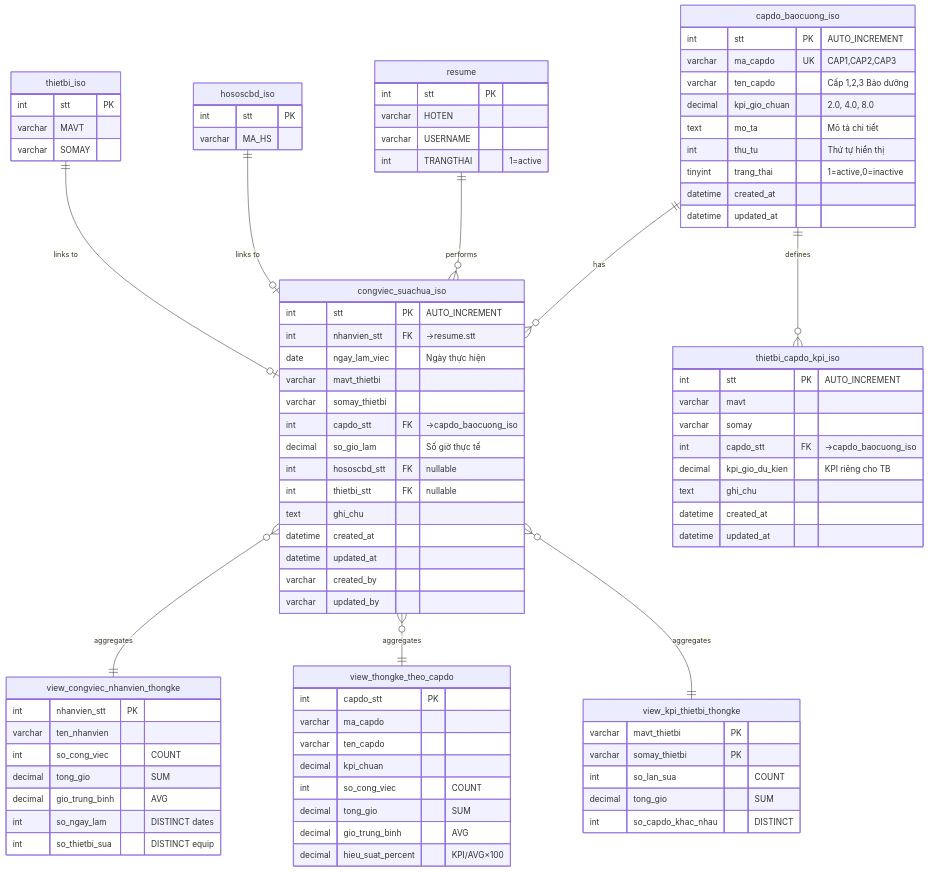
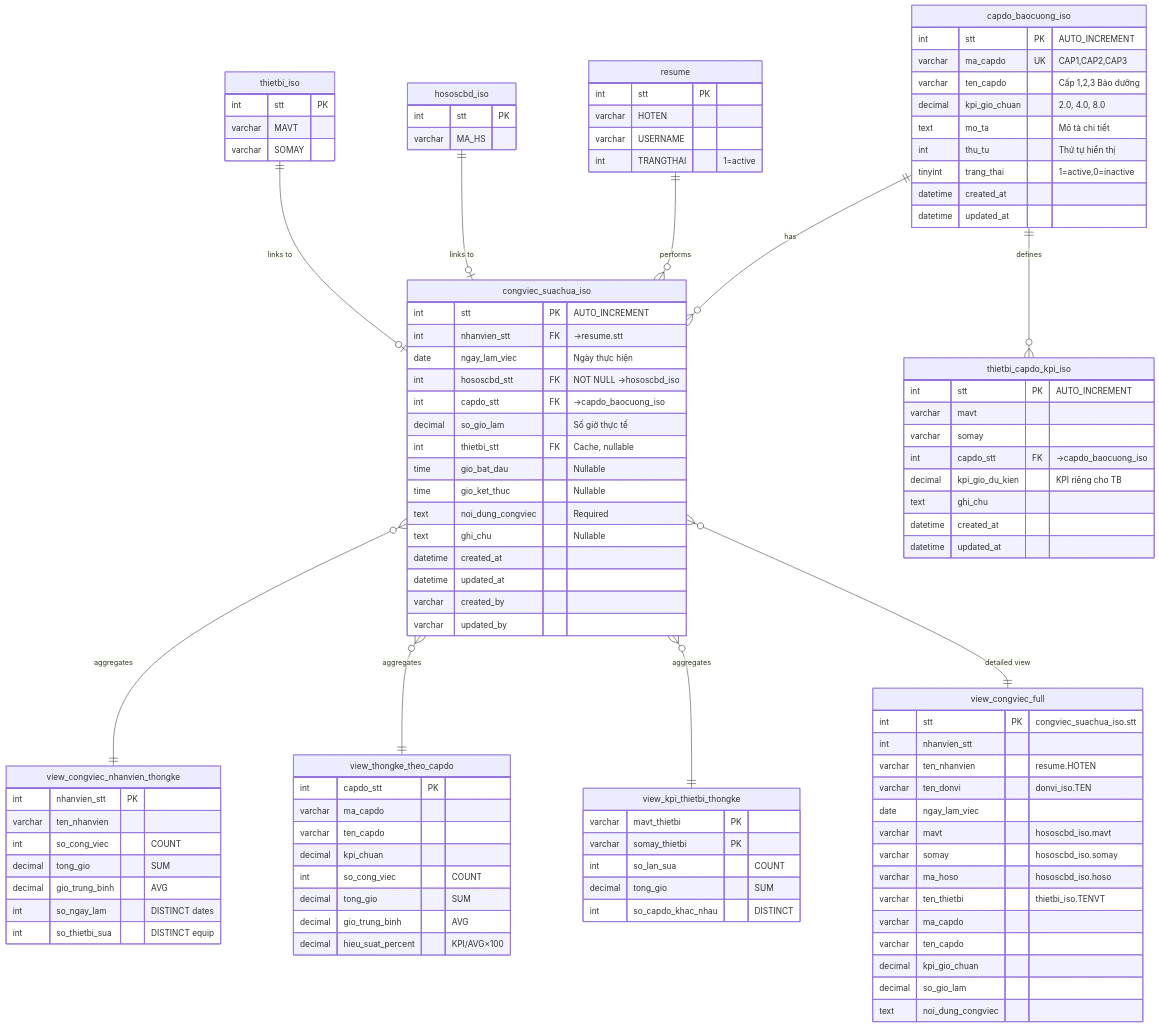
One commit to mylovetron2/iso2 changed the third of 6 diagrams in iso2/LUUDO_CONGVIEC_KPI.md. Above: the diagram before and after it, drawn with Mermaid. The commit also changed other lines of this file and 6 other files, not shown here.

First line of the commit message:
Refactor: Cập nhật hệ thống công việc KPI - sử dụng hososcbd_iso

````diff
--- a/iso2/LUUDO_CONGVIEC_KPI.md
+++ b/iso2/LUUDO_CONGVIEC_KPI.md
@@ -235,13 +313,14 @@
         int stt PK "AUTO_INCREMENT"
         int nhanvien_stt FK "→resume.stt"
         date ngay_lam_viec "Ngày thực hiện"
-        varchar mavt_thietbi
-        varchar somay_thietbi
+        int hososcbd_stt FK "NOT NULL →hososcbd_iso"
         int capdo_stt FK "→capdo_baocuong_iso"
         decimal so_gio_lam "Số giờ thực tế"
-        int hososcbd_stt FK "nullable"
-        int thietbi_stt FK "nullable"
-        text ghi_chu
+        int thietbi_stt FK "Cache, nullable"
+        time gio_bat_dau "Nullable"
+        time gio_ket_thuc "Nullable"
+        text noi_dung_congviec "Required"
+        text ghi_chu "Nullable"
         datetime created_at
         datetime updated_at
         varchar created_by
@@ -295,7 +374,25 @@
         int so_capdo_khac_nhau "DISTINCT"
     }
     
+    view_congviec_full {
+        int stt PK "congviec_suachua_iso.stt"
+        int nhanvien_stt
+        varchar ten_nhanvien "resume.HOTEN"
+        varchar ten_donvi "donvi_iso.TEN"
+        date ngay_lam_viec
+        varchar mavt "hososcbd_iso.mavt"
+        varchar somay "hososcbd_iso.somay"
+        varchar ma_hoso "hososcbd_iso.hoso"
+        varchar ten_thietbi "thietbi_iso.TENVT"
+        varchar ma_capdo
+        varchar ten_capdo
+        decimal kpi_gio_chuan
+        decimal so_gio_lam
+        text noi_dung_congviec
+    }
+    
     congviec_suachua_iso }o--|| view_congviec_nhanvien_thongke : aggregates
     congviec_suachua_iso }o--|| view_thongke_theo_capdo : aggregates
     congviec_suachua_iso }o--|| view_kpi_thietbi_thongke : aggregates
+    congviec_suachua_iso }o--|| view_congviec_full : "detailed view"
 ```
````
